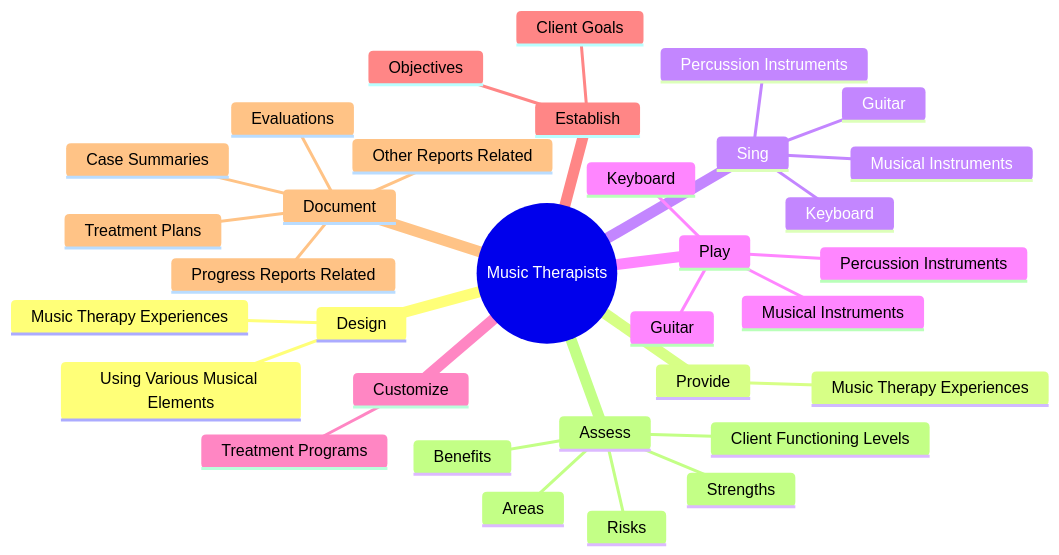
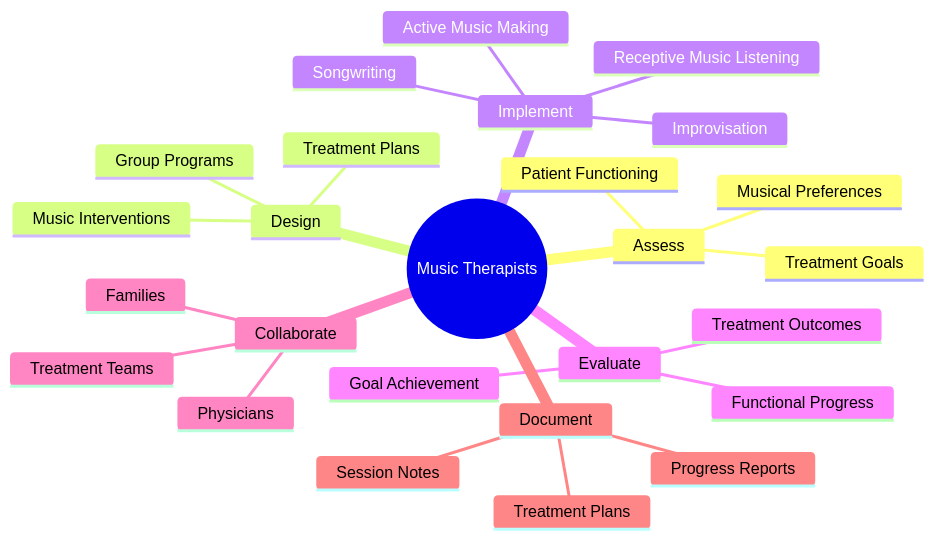
The second of 4 diagrams in occupations/HealthcarePractitioners/MusicTherapists.mdx (kziemski/business.org.ai), drawn with Mermaid before and after one commit. The commit also changed other lines of this file and 938 other files, not shown here.

````diff
--- a/occupations/HealthcarePractitioners/MusicTherapists.mdx
+++ b/occupations/HealthcarePractitioners/MusicTherapists.mdx
@@ -38,36 +45,29 @@
 ```mermaid
 mindmap
     root(("Music Therapists"))
+        Assess
+            Patient Functioning
+            Musical Preferences
+            Treatment Goals
         Design
-            Music Therapy Experiences
-            Using Various Musical Elements
-        Provide
-            Music Therapy Experiences
-        Sing
-            Musical Instruments
-            Keyboard
-            Guitar
-            Percussion Instruments
-        Play
-            Musical Instruments
-            Keyboard
-            Guitar
-            Percussion Instruments
-        Customize
-            Treatment Programs
-        Establish
-            Client Goals
-            Objectives
+            Treatment Plans
+            Music Interventions
+            Group Programs
+        Implement
+            Active Music Making
+            Receptive Music Listening
+            Songwriting
+            Improvisation
+        Evaluate
+            Treatment Outcomes
+            Functional Progress
+            Goal Achievement
+        Collaborate
+            Treatment Teams
+            Families
+            Physicians
         Document
-            Evaluations
+            Session Notes
+            Progress Reports
             Treatment Plans
-            Case Summaries
-            Progress Reports Related
-            Other Reports Related
-        Assess
-            Client Functioning Levels
-            Strengths
-            Areas
-            Risks
-            Benefits
 ```
````
